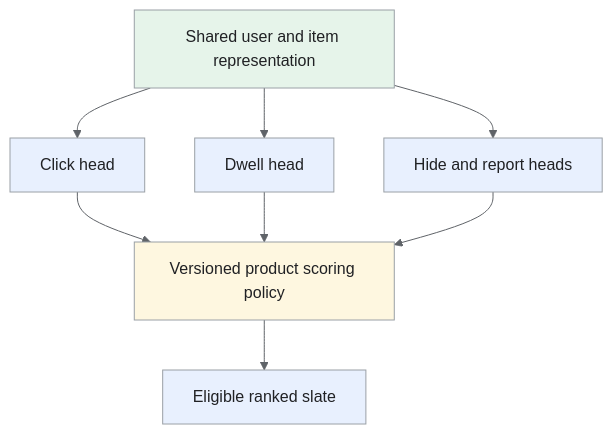
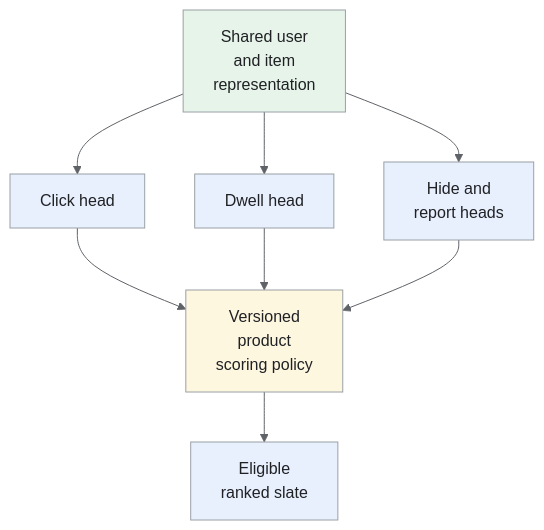
The fifth of 7 diagrams in _designs/news-feed-ranking.md (iliazlobin/iliazlobin.github.io), drawn with Mermaid before and after one commit. The commit also changed other lines of this file and 116 other files, not shown here.

````diff
--- a/_designs/news-feed-ranking.md
+++ b/_designs/news-feed-ranking.md
@@ -290,18 +303,18 @@
 ```mermaid
 %%{init: {'theme':'base','themeVariables':{'primaryColor':'#e8f0fe','primaryTextColor':'#202124','primaryBorderColor':'#9aa0a6','lineColor':'#5f6368','secondaryColor':'#e6f4ea','tertiaryColor':'#fef7e0','actorBkg':'#e8f0fe','actorBorder':'#9aa0a6','actorTextColor':'#202124','noteBkgColor':'#fef7e0','noteTextColor':'#202124','noteBorderColor':'#9aa0a6','signalColor':'#5f6368','signalTextColor':'#202124','labelBoxBkgColor':'#fef7e0','labelBoxBorderColor':'#9aa0a6'}}}%%
 flowchart TB
-    F["Shared user and item representation"] --> C["Click head"]
+    F["Shared user<br>and item<br>representation"] --> C["Click head"]
     F --> D["Dwell head"]
-    F --> H["Hide and report heads"]
-    C --> P["Versioned product scoring policy"]
+    F --> H["Hide and<br>report heads"]
+    C --> P["Versioned<br>product<br>scoring policy"]
     D --> P
     H --> P
-    P --> R["Eligible ranked slate"]
+    P --> R["Eligible<br>ranked slate"]
 classDef request fill:#e8f0fe,stroke:#9aa0a6,color:#202124;
 classDef data fill:#e6f4ea,stroke:#9aa0a6,color:#202124;
 classDef control fill:#fef7e0,stroke:#9aa0a6,color:#202124;
 class C,D,H,R request;
 class F data;
 class P control;
 
 ```
````
